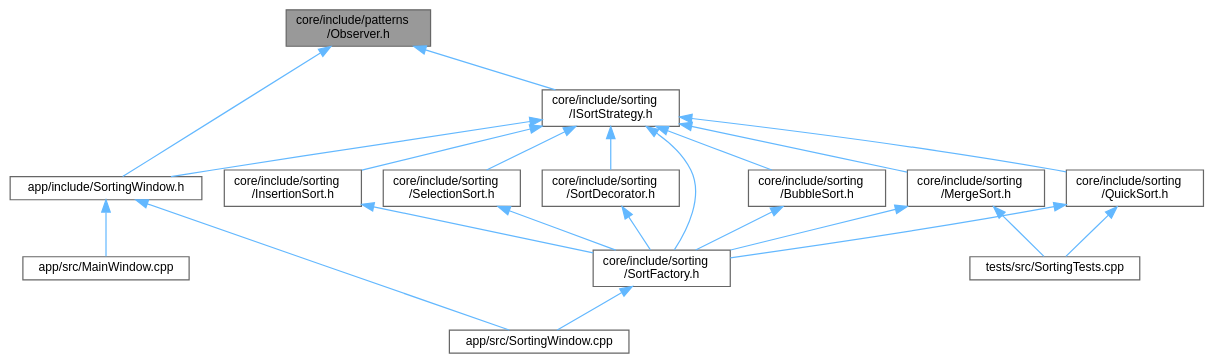
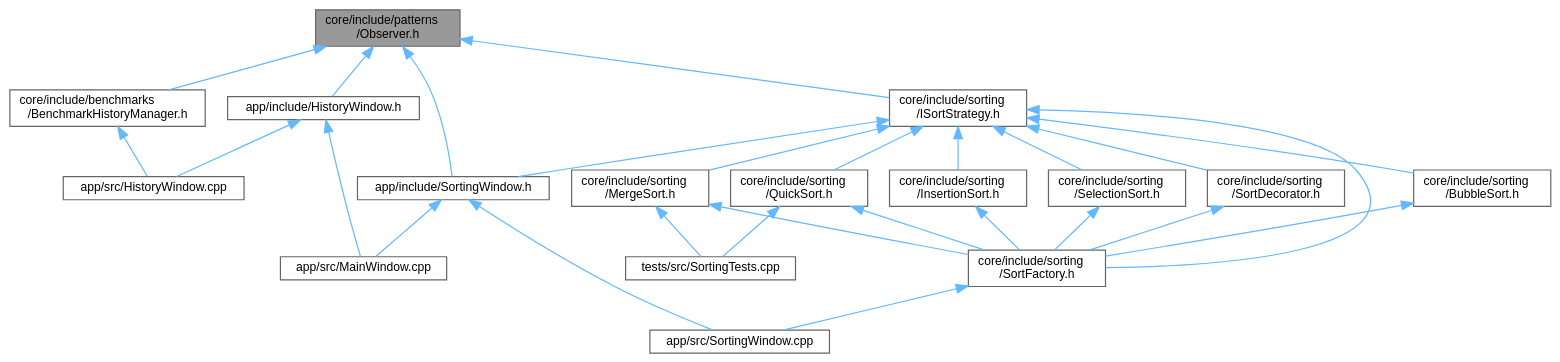
The diagram in Observer_8h__dep__incl.dot (wwerniss/algorithms-benchmark), drawn with Graphviz before and after one commit. The commit also changed 276 other files, not shown here.

```diff
--- a/Observer_8h__dep__incl.dot
+++ b/Observer_8h__dep__incl.dot
@@ -1,41 +1,49 @@
 digraph "core/include/patterns/Observer.h"
 {
  // LATEX_PDF_SIZE
   bgcolor="transparent";
   edge [fontname=Helvetica,fontsize=10,labelfontname=Helvetica,labelfontsize=10];
   node [fontname=Helvetica,fontsize=10,shape=box,height=0.2,width=0.4];
   Node1 [id="Node000001",label="core/include/patterns\l/Observer.h",height=0.2,width=0.4,color="gray40", fillcolor="grey60", style="filled", fontcolor="black",tooltip="Interfaces for the Observer design pattern."];
   Node1 -> Node2 [id="edge1_Node000001_Node000002",dir="back",color="steelblue1",style="solid",tooltip=" "];
-  Node2 [id="Node000002",label="app/include/SortingWindow.h",height=0.2,width=0.4,color="grey40", fillcolor="white", style="filled",URL="$SortingWindow_8h.html",tooltip=" "];
+  Node2 [id="Node000002",label="app/include/HistoryWindow.h",height=0.2,width=0.4,color="grey40", fillcolor="white", style="filled",URL="$HistoryWindow_8h.html",tooltip=" "];
   Node2 -> Node3 [id="edge2_Node000002_Node000003",dir="back",color="steelblue1",style="solid",tooltip=" "];
-  Node3 [id="Node000003",label="app/src/MainWindow.cpp",height=0.2,width=0.4,color="grey40", fillcolor="white", style="filled",URL="$MainWindow_8cpp.html",tooltip=" "];
+  Node3 [id="Node000003",label="app/src/HistoryWindow.cpp",height=0.2,width=0.4,color="grey40", fillcolor="white", style="filled",URL="$HistoryWindow_8cpp.html",tooltip=" "];
   Node2 -> Node4 [id="edge3_Node000002_Node000004",dir="back",color="steelblue1",style="solid",tooltip=" "];
-  Node4 [id="Node000004",label="app/src/SortingWindow.cpp",height=0.2,width=0.4,color="grey40", fillcolor="white", style="filled",URL="$SortingWindow_8cpp.html",tooltip=" "];
+  Node4 [id="Node000004",label="app/src/MainWindow.cpp",height=0.2,width=0.4,color="grey40", fillcolor="white", style="filled",URL="$MainWindow_8cpp.html",tooltip=" "];
   Node1 -> Node5 [id="edge4_Node000001_Node000005",dir="back",color="steelblue1",style="solid",tooltip=" "];
-  Node5 [id="Node000005",label="core/include/sorting\l/ISortStrategy.h",height=0.2,width=0.4,color="grey40", fillcolor="white", style="filled",URL="$ISortStrategy_8h.html",tooltip=" "];
-  Node5 -> Node2 [id="edge5_Node000005_Node000002",dir="back",color="steelblue1",style="solid",tooltip=" "];
+  Node5 [id="Node000005",label="app/include/SortingWindow.h",height=0.2,width=0.4,color="grey40", fillcolor="white", style="filled",URL="$SortingWindow_8h.html",tooltip=" "];
+  Node5 -> Node4 [id="edge5_Node000005_Node000004",dir="back",color="steelblue1",style="solid",tooltip=" "];
   Node5 -> Node6 [id="edge6_Node000005_Node000006",dir="back",color="steelblue1",style="solid",tooltip=" "];
-  Node6 [id="Node000006",label="core/include/sorting\l/BubbleSort.h",height=0.2,width=0.4,color="grey40", fillcolor="white", style="filled",URL="$BubbleSort_8h.html",tooltip=" "];
-  Node6 -> Node7 [id="edge7_Node000006_Node000007",dir="back",color="steelblue1",style="solid",tooltip=" "];
-  Node7 [id="Node000007",label="core/include/sorting\l/SortFactory.h",height=0.2,width=0.4,color="grey40", fillcolor="white", style="filled",URL="$SortFactory_8h.html",tooltip=" "];
-  Node7 -> Node4 [id="edge8_Node000007_Node000004",dir="back",color="steelblue1",style="solid",tooltip=" "];
-  Node5 -> Node8 [id="edge9_Node000005_Node000008",dir="back",color="steelblue1",style="solid",tooltip=" "];
-  Node8 [id="Node000008",label="core/include/sorting\l/InsertionSort.h",height=0.2,width=0.4,color="grey40", fillcolor="white", style="filled",URL="$InsertionSort_8h.html",tooltip=" "];
-  Node8 -> Node7 [id="edge10_Node000008_Node000007",dir="back",color="steelblue1",style="solid",tooltip=" "];
-  Node5 -> Node9 [id="edge11_Node000005_Node000009",dir="back",color="steelblue1",style="solid",tooltip=" "];
-  Node9 [id="Node000009",label="core/include/sorting\l/MergeSort.h",height=0.2,width=0.4,color="grey40", fillcolor="white", style="filled",URL="$MergeSort_8h.html",tooltip=" "];
-  Node9 -> Node7 [id="edge12_Node000009_Node000007",dir="back",color="steelblue1",style="solid",tooltip=" "];
-  Node9 -> Node10 [id="edge13_Node000009_Node000010",dir="back",color="steelblue1",style="solid",tooltip=" "];
-  Node10 [id="Node000010",label="tests/src/SortingTests.cpp",height=0.2,width=0.4,color="grey40", fillcolor="white", style="filled",URL="$SortingTests_8cpp.html",tooltip=" "];
-  Node5 -> Node11 [id="edge14_Node000005_Node000011",dir="back",color="steelblue1",style="solid",tooltip=" "];
-  Node11 [id="Node000011",label="core/include/sorting\l/QuickSort.h",height=0.2,width=0.4,color="grey40", fillcolor="white", style="filled",URL="$QuickSort_8h.html",tooltip=" "];
-  Node11 -> Node7 [id="edge15_Node000011_Node000007",dir="back",color="steelblue1",style="solid",tooltip=" "];
-  Node11 -> Node10 [id="edge16_Node000011_Node000010",dir="back",color="steelblue1",style="solid",tooltip=" "];
-  Node5 -> Node12 [id="edge17_Node000005_Node000012",dir="back",color="steelblue1",style="solid",tooltip=" "];
-  Node12 [id="Node000012",label="core/include/sorting\l/SelectionSort.h",height=0.2,width=0.4,color="grey40", fillcolor="white", style="filled",URL="$SelectionSort_8h.html",tooltip=" "];
-  Node12 -> Node7 [id="edge18_Node000012_Node000007",dir="back",color="steelblue1",style="solid",tooltip=" "];
-  Node5 -> Node13 [id="edge19_Node000005_Node000013",dir="back",color="steelblue1",style="solid",tooltip=" "];
-  Node13 [id="Node000013",label="core/include/sorting\l/SortDecorator.h",height=0.2,width=0.4,color="grey40", fillcolor="white", style="filled",URL="$SortDecorator_8h.html",tooltip=" "];
-  Node13 -> Node7 [id="edge20_Node000013_Node000007",dir="back",color="steelblue1",style="solid",tooltip=" "];
-  Node5 -> Node7 [id="edge21_Node000005_Node000007",dir="back",color="steelblue1",style="solid",tooltip=" "];
+  Node6 [id="Node000006",label="app/src/SortingWindow.cpp",height=0.2,width=0.4,color="grey40", fillcolor="white", style="filled",URL="$SortingWindow_8cpp.html",tooltip=" "];
+  Node1 -> Node7 [id="edge7_Node000001_Node000007",dir="back",color="steelblue1",style="solid",tooltip=" "];
+  Node7 [id="Node000007",label="core/include/benchmarks\l/BenchmarkHistoryManager.h",height=0.2,width=0.4,color="grey40", fillcolor="white", style="filled",URL="$BenchmarkHistoryManager_8h.html",tooltip=" "];
+  Node7 -> Node3 [id="edge8_Node000007_Node000003",dir="back",color="steelblue1",style="solid",tooltip=" "];
+  Node1 -> Node8 [id="edge9_Node000001_Node000008",dir="back",color="steelblue1",style="solid",tooltip=" "];
+  Node8 [id="Node000008",label="core/include/sorting\l/ISortStrategy.h",height=0.2,width=0.4,color="grey40", fillcolor="white", style="filled",URL="$ISortStrategy_8h.html",tooltip=" "];
+  Node8 -> Node5 [id="edge10_Node000008_Node000005",dir="back",color="steelblue1",style="solid",tooltip=" "];
+  Node8 -> Node9 [id="edge11_Node000008_Node000009",dir="back",color="steelblue1",style="solid",tooltip=" "];
+  Node9 [id="Node000009",label="core/include/sorting\l/BubbleSort.h",height=0.2,width=0.4,color="grey40", fillcolor="white", style="filled",URL="$BubbleSort_8h.html",tooltip=" "];
+  Node9 -> Node10 [id="edge12_Node000009_Node000010",dir="back",color="steelblue1",style="solid",tooltip=" "];
+  Node10 [id="Node000010",label="core/include/sorting\l/SortFactory.h",height=0.2,width=0.4,color="grey40", fillcolor="white", style="filled",URL="$SortFactory_8h.html",tooltip=" "];
+  Node10 -> Node6 [id="edge13_Node000010_Node000006",dir="back",color="steelblue1",style="solid",tooltip=" "];
+  Node8 -> Node11 [id="edge14_Node000008_Node000011",dir="back",color="steelblue1",style="solid",tooltip=" "];
+  Node11 [id="Node000011",label="core/include/sorting\l/InsertionSort.h",height=0.2,width=0.4,color="grey40", fillcolor="white", style="filled",URL="$InsertionSort_8h.html",tooltip=" "];
+  Node11 -> Node10 [id="edge15_Node000011_Node000010",dir="back",color="steelblue1",style="solid",tooltip=" "];
+  Node8 -> Node12 [id="edge16_Node000008_Node000012",dir="back",color="steelblue1",style="solid",tooltip=" "];
+  Node12 [id="Node000012",label="core/include/sorting\l/MergeSort.h",height=0.2,width=0.4,color="grey40", fillcolor="white", style="filled",URL="$MergeSort_8h.html",tooltip=" "];
+  Node12 -> Node10 [id="edge17_Node000012_Node000010",dir="back",color="steelblue1",style="solid",tooltip=" "];
+  Node12 -> Node13 [id="edge18_Node000012_Node000013",dir="back",color="steelblue1",style="solid",tooltip=" "];
+  Node13 [id="Node000013",label="tests/src/SortingTests.cpp",height=0.2,width=0.4,color="grey40", fillcolor="white", style="filled",URL="$SortingTests_8cpp.html",tooltip=" "];
+  Node8 -> Node14 [id="edge19_Node000008_Node000014",dir="back",color="steelblue1",style="solid",tooltip=" "];
+  Node14 [id="Node000014",label="core/include/sorting\l/QuickSort.h",height=0.2,width=0.4,color="grey40", fillcolor="white", style="filled",URL="$QuickSort_8h.html",tooltip=" "];
+  Node14 -> Node10 [id="edge20_Node000014_Node000010",dir="back",color="steelblue1",style="solid",tooltip=" "];
+  Node14 -> Node13 [id="edge21_Node000014_Node000013",dir="back",color="steelblue1",style="solid",tooltip=" "];
+  Node8 -> Node15 [id="edge22_Node000008_Node000015",dir="back",color="steelblue1",style="solid",tooltip=" "];
+  Node15 [id="Node000015",label="core/include/sorting\l/SelectionSort.h",height=0.2,width=0.4,color="grey40", fillcolor="white", style="filled",URL="$SelectionSort_8h.html",tooltip=" "];
+  Node15 -> Node10 [id="edge23_Node000015_Node000010",dir="back",color="steelblue1",style="solid",tooltip=" "];
+  Node8 -> Node16 [id="edge24_Node000008_Node000016",dir="back",color="steelblue1",style="solid",tooltip=" "];
+  Node16 [id="Node000016",label="core/include/sorting\l/SortDecorator.h",height=0.2,width=0.4,color="grey40", fillcolor="white", style="filled",URL="$SortDecorator_8h.html",tooltip=" "];
+  Node16 -> Node10 [id="edge25_Node000016_Node000010",dir="back",color="steelblue1",style="solid",tooltip=" "];
+  Node8 -> Node10 [id="edge26_Node000008_Node000010",dir="back",color="steelblue1",style="solid",tooltip=" "];
 }
```
